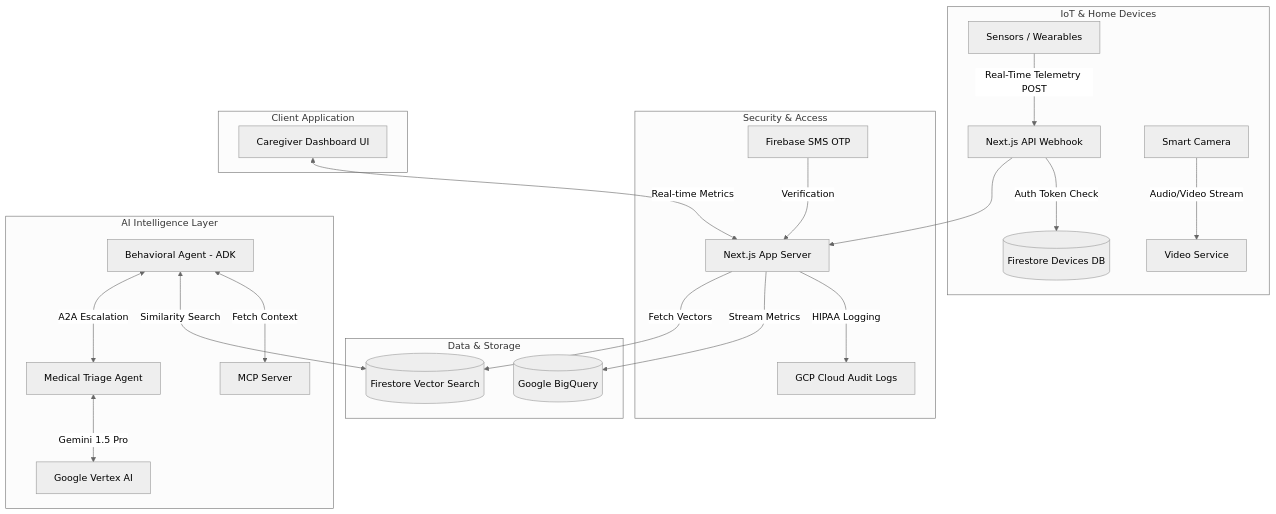
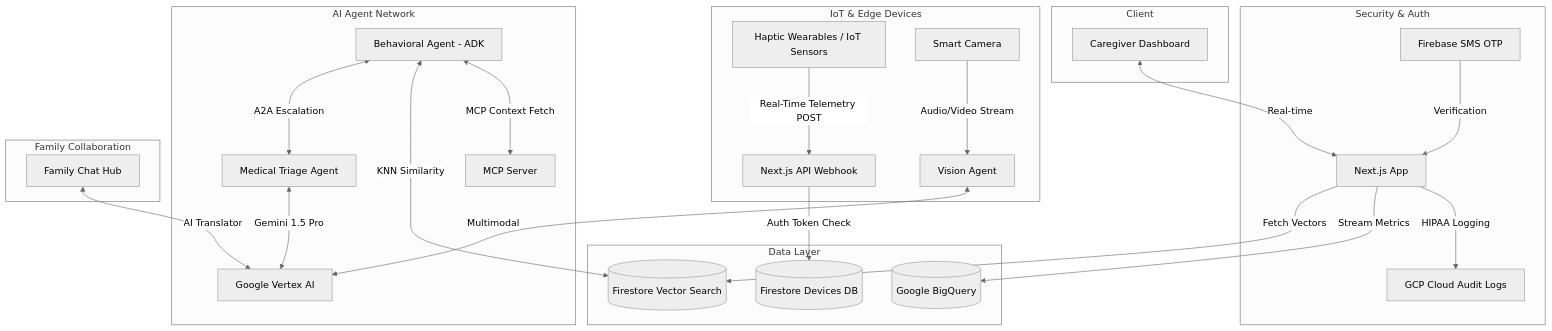
One commit to rockerspace/AuraCare-AI changed the diagram in README.md. Above: the diagram before and after it, drawn with Mermaid (neutral theme). The commit also changed other lines of this file and 1 other file, not shown here.

Commit message:
docs: complete README overhaul for 2026 Finale - added CI badges, live demo link, full feature table, demo script with Agent & Family Chat prompts, updated architecture diagram, tech stack, project structure, and Cloud Run deployment guide

````diff
--- a/README.md
+++ b/README.md
@@ -37,30 +104,34 @@
 ```mermaid
 graph TD
-    subgraph IoT & Home Devices
-        S[Sensors / Wearables] -->|Real-Time Telemetry POST| Webhook[Next.js API Webhook]
-        Webhook -->|Auth Token Check| Firestore[(Firestore Devices DB)]
-        Cam[Smart Camera] -->|Audio/Video Stream| VideoSvc[Video Service]
+    subgraph IoT & Edge Devices
+        S[Haptic Wearables / IoT Sensors] -->|Real-Time Telemetry POST| Webhook[Next.js API Webhook]
+        Cam[Smart Camera] -->|Audio/Video Stream| VisionAgent[Vision Agent]
     end
 
-    subgraph Security & Access
-        Auth[Firebase SMS OTP] -->|Verification| API[Next.js App Server]
-        API -->|HIPAA Logging| Audit[GCP Cloud Audit Logs]
-        Webhook --> API
+    subgraph Security & Auth
+        Auth[Firebase SMS OTP] -->|Verification| App[Next.js App]
+        App -->|HIPAA Logging| Audit[GCP Cloud Audit Logs]
     end
 
-    subgraph Data & Storage
-        API -->|Stream Metrics| BQ[(Google BigQuery)]
-        API -->|Fetch Vectors| FirestoreVec[(Firestore Vector Search)]
+    subgraph Data Layer
+        Webhook -->|Auth Token Check| FirestoreDevices[(Firestore Devices DB)]
+        App -->|Stream Metrics| BQ[(Google BigQuery)]
+        App -->|Fetch Vectors| FirestoreVec[(Firestore Vector Search)]
     end
 
-    subgraph AI Intelligence Layer
-        GADK[Behavioral Agent - ADK] <-->|Fetch Context| MCP[MCP Server]
-        GADK <-->|Similarity Search| FirestoreVec
+    subgraph AI Agent Network
+        GADK[Behavioral Agent - ADK] <-->|MCP Context Fetch| MCP[MCP Server]
+        GADK <-->|KNN Similarity| FirestoreVec
         GADK <-->|A2A Escalation| Triage[Medical Triage Agent]
         Triage <-->|Gemini 1.5 Pro| VertexAI[Google Vertex AI]
+        VisionAgent <-->|Multimodal| VertexAI
     end
-    
-    subgraph Client Application
-        Dashboard[Caregiver Dashboard UI] <-->|Real-time Metrics| API
+
+    subgraph Family Collaboration
+        FamilyHub[Family Chat Hub] <-->|AI Translator| VertexAI
+    end
+
+    subgraph Client
+        Dashboard[Caregiver Dashboard] <-->|Real-time| App
     end
 ```
````
